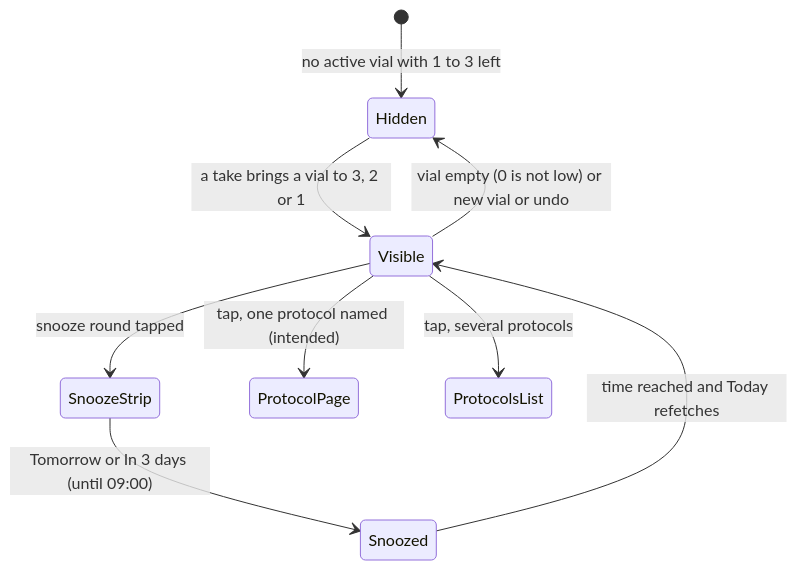
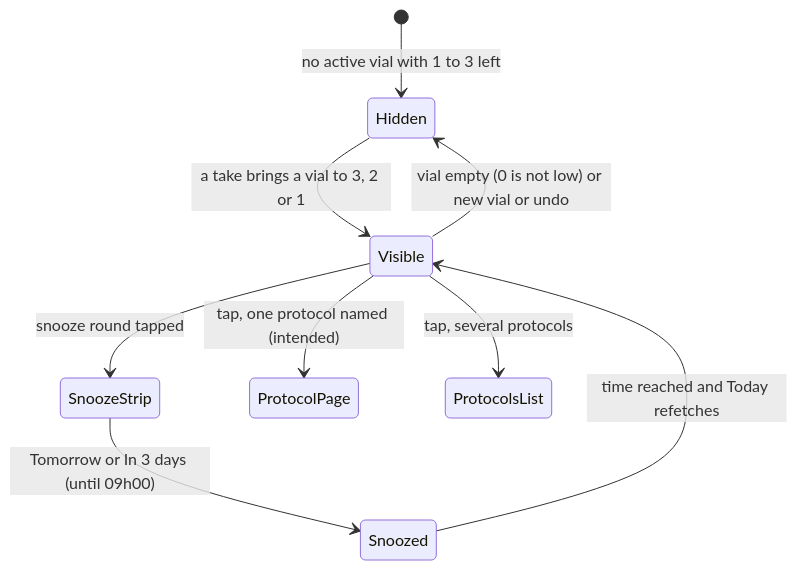
The fourth of 4 diagrams in docs/product/flows/04-vial-and-supply.md (evandroviskis/dosetrace), drawn with Mermaid before and after one commit. The commit also changed other lines of this file and 28 other files, not shown here.

Commit message:
docs/product: verification round 1 corrections applied to PRD, TRD, dossiers, flows, registers and the Portuguese questions (21 OPEN, 54 AD, 65 DL, 218 DV); all 105 diagrams parse

````diff
--- a/docs/product/flows/04-vial-and-supply.md
+++ b/docs/product/flows/04-vial-and-supply.md
@@ -116,11 +116,11 @@
 ```mermaid
 stateDiagram-v2
     [*] --> Hidden: no active vial with 1 to 3 left
     Hidden --> Visible: a take brings a vial to 3, 2 or 1
     Visible --> SnoozeStrip: snooze round tapped
-    SnoozeStrip --> Snoozed: Tomorrow or In 3 days (until 09:00)
+    SnoozeStrip --> Snoozed: Tomorrow or In 3 days (until 09h00)
     Snoozed --> Visible: time reached and Today refetches
     Visible --> Hidden: vial empty (0 is not low) or new vial or undo
     Visible --> ProtocolPage: tap, one protocol named (intended)
     Visible --> ProtocolsList: tap, several protocols
 ```
````
